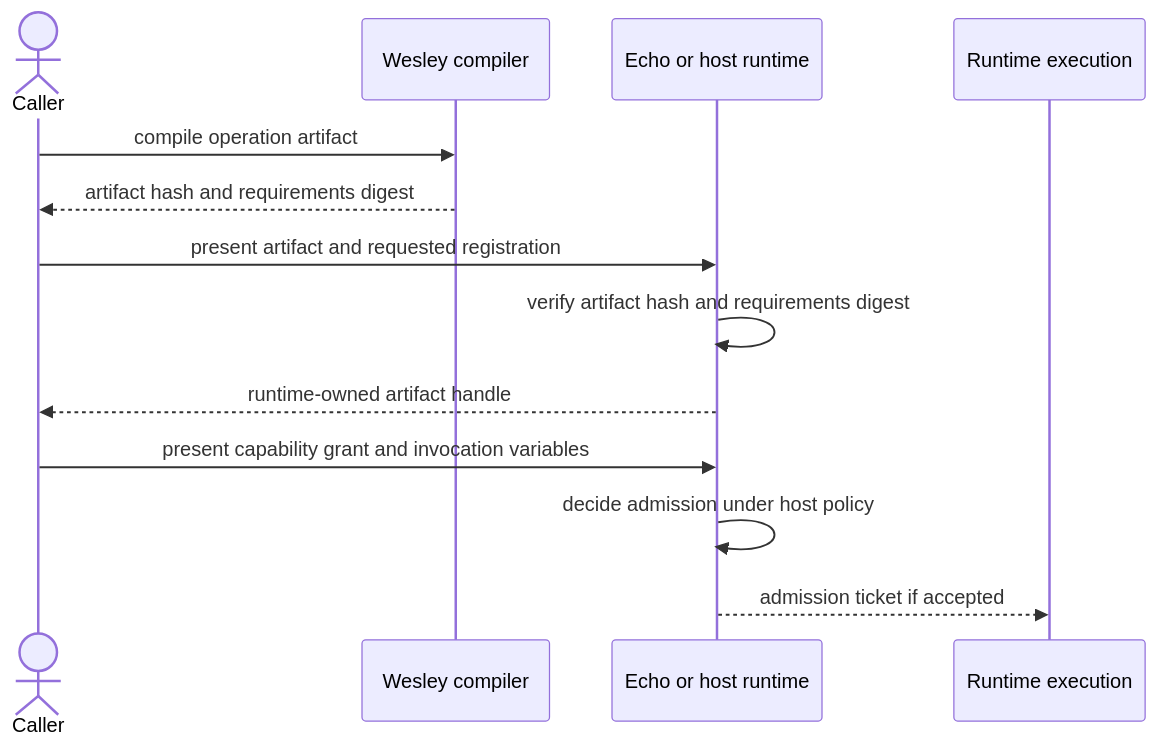
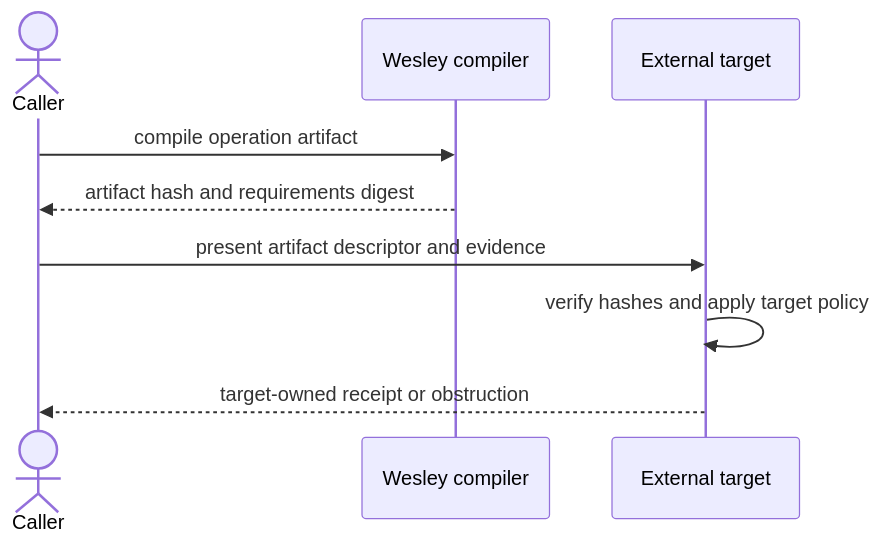
Before and after one commit to flyingrobots/wesley: the ninth of 10 diagrams in docs/TECHNICAL_TEARDOWN.md, drawn with Mermaid. The commit also changed other lines of this file and 11 other files, not shown here.

````diff
--- a/docs/TECHNICAL_TEARDOWN.md
+++ b/docs/TECHNICAL_TEARDOWN.md
@@ -1424,16 +1425,12 @@
 ```mermaid
 sequenceDiagram
   actor Caller
   participant Wesley as Wesley compiler
-  participant Host as Echo or host runtime
-  participant Runtime as Runtime execution
+  participant Target as External target
 
   Caller->>Wesley: compile operation artifact
   Wesley-->>Caller: artifact hash and requirements digest
-  Caller->>Host: present artifact and requested registration
-  Host->>Host: verify artifact hash and requirements digest
-  Host-->>Caller: runtime-owned artifact handle
-  Caller->>Host: present capability grant and invocation variables
-  Host->>Host: decide admission under host policy
-  Host-->>Runtime: admission ticket if accepted
+  Caller->>Target: present artifact descriptor and evidence
+  Target->>Target: verify hashes and apply target policy
+  Target-->>Caller: target-owned receipt or obstruction
 ```
````
